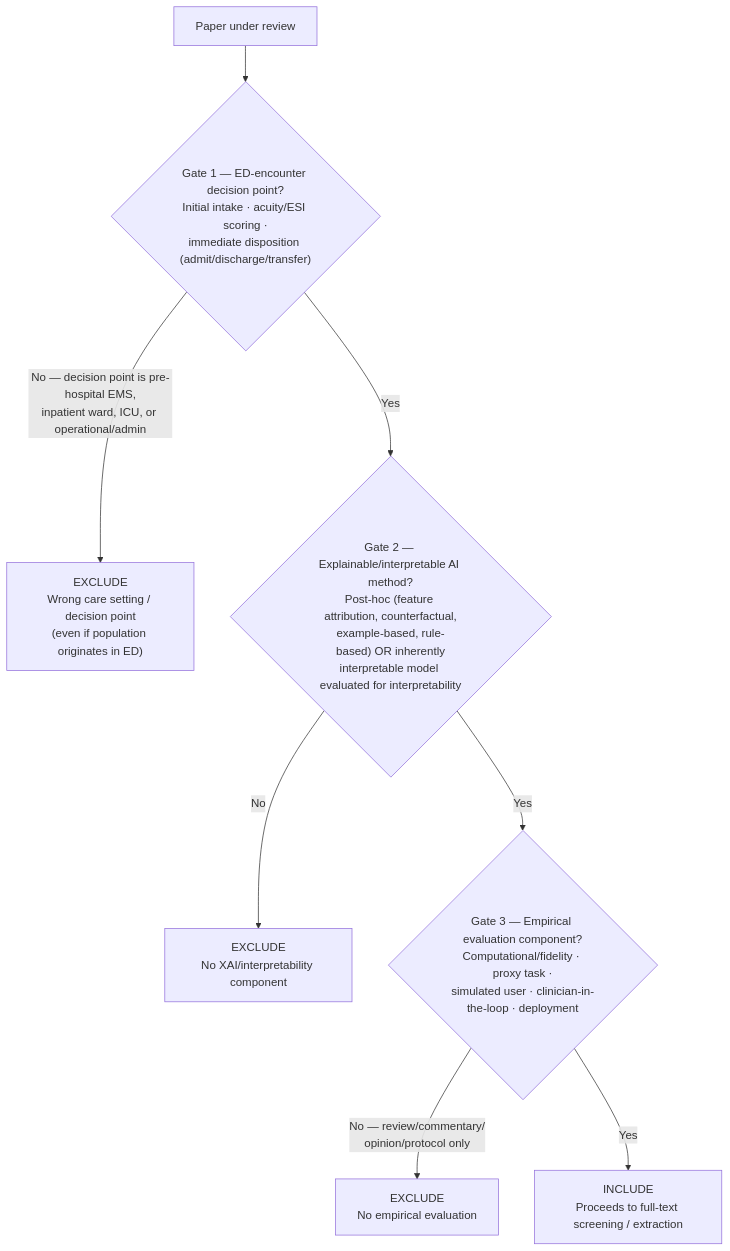
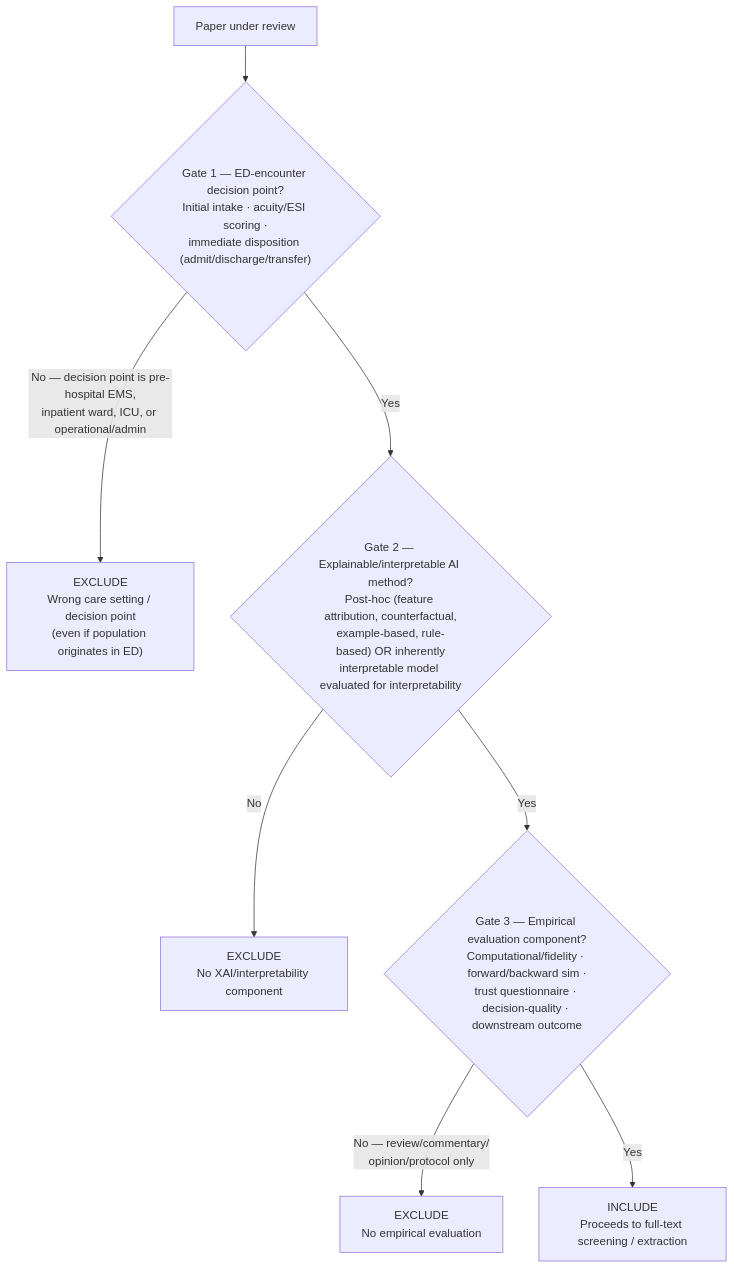
The diagram in docs/protocol/inclusion_boundary.md (anirbanpalDSC/9970_clinical_xai_review), drawn with Mermaid before and after one commit. The commit also changed other lines of this file and 200 other files, not shown here.

````diff
--- a/docs/protocol/inclusion_boundary.md
+++ b/docs/protocol/inclusion_boundary.md
@@ -67,10 +68,10 @@
 ```mermaid
 flowchart TD
     A[Paper under review] --> B{"Gate 1 — ED-encounter decision point?<br/>Initial intake · acuity/ESI scoring ·<br/>immediate disposition (admit/discharge/transfer)"}
     B -->|No — decision point is pre-hospital EMS,<br/>inpatient ward, ICU, or operational/admin| X1["EXCLUDE<br/>Wrong care setting / decision point<br/>(even if population originates in ED)"]
     B -->|Yes| C{"Gate 2 — Explainable/interpretable AI method?<br/>Post-hoc (feature attribution, counterfactual,<br/>example-based, rule-based) OR inherently<br/>interpretable model evaluated for interpretability"}
     C -->|No| X2["EXCLUDE<br/>No XAI/interpretability component"]
-    C -->|Yes| D{"Gate 3 — Empirical evaluation component?<br/>Computational/fidelity · proxy task ·<br/>simulated user · clinician-in-the-loop · deployment"}
+    C -->|Yes| D{"Gate 3 — Empirical evaluation component?<br/>Computational/fidelity · forward/backward sim ·<br/>trust questionnaire · decision-quality · downstream outcome"}
     D -->|No — review/commentary/<br/>opinion/protocol only| X3["EXCLUDE<br/>No empirical evaluation"]
     D -->|Yes| INCL["INCLUDE<br/>Proceeds to full-text screening / extraction"]
 ```
````
